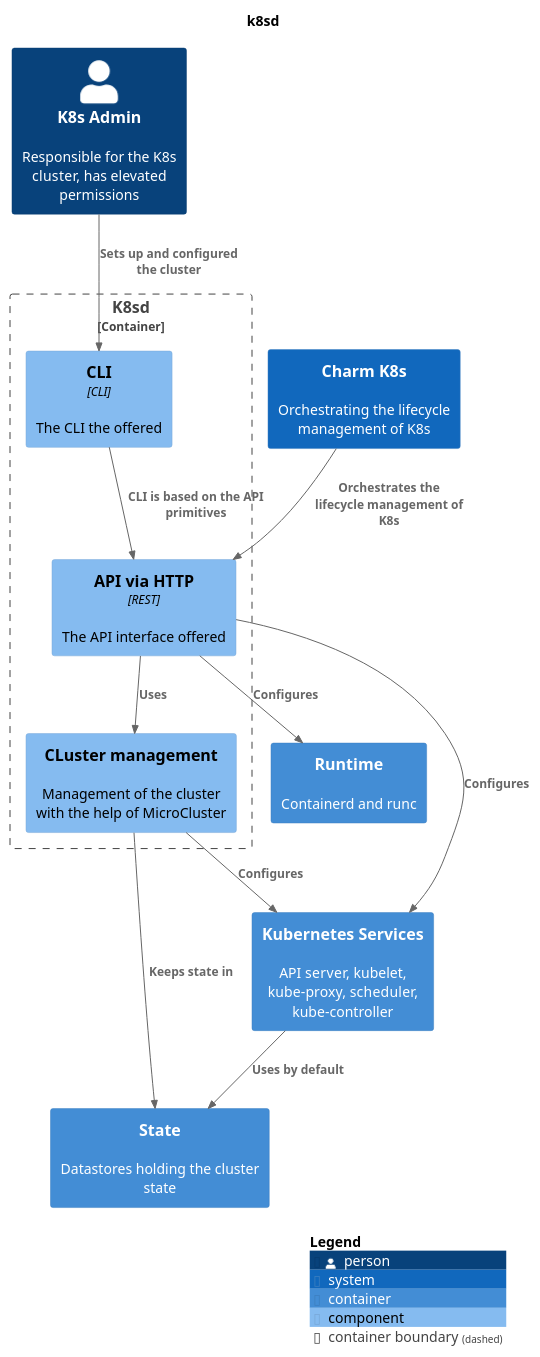
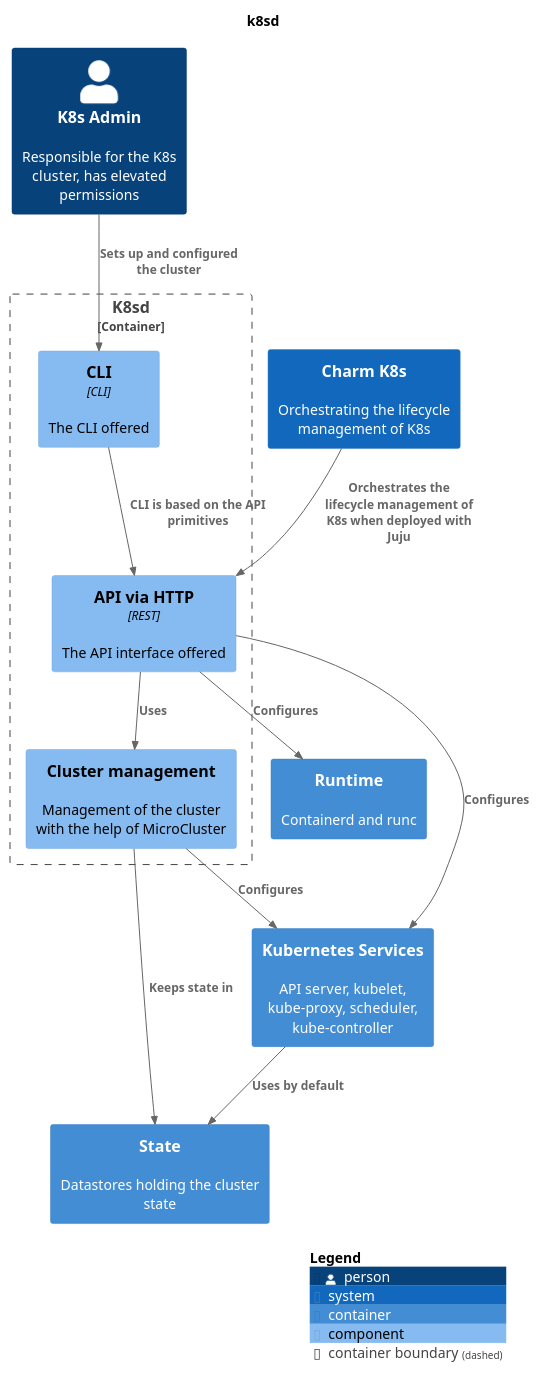
The diagram in docs/src/assets/k8sd-component.puml (canonical/k8s-snap), drawn with PlantUML before and after one commit. The commit also changed 1 other file, not shown here.

Commit message:
clarify k8sd diagram
fix typos in diagram and help clarify in text and on diagram difference in deploying with Juju vs snap

```diff
--- a/docs/src/assets/k8sd-component.puml
+++ b/docs/src/assets/k8sd-component.puml
@@ -1,35 +1,35 @@
 @startuml
 set separator none
 title k8sd
 
 top to bottom direction
 
 !include <C4/C4>
 !include <C4/C4_Context>
 !include <C4/C4_Container>
 !include <C4/C4_Component>
 
 Person(K8sAdmin, "K8s Admin", $descr="Responsible for the K8s cluster, has elevated permissions", $tags="", $link="")
 Container(K8sSnapDistribution.Runtime, "Runtime", $techn="", $descr="Containerd and runc", $tags="", $link="")
 System(CharmK8s, "Charm K8s", $descr="Orchestrating the lifecycle management of K8s", $tags="", $link="")
 Container(K8sSnapDistribution.State, "State", $techn="", $descr="Datastores holding the cluster state", $tags="", $link="")
 Container(K8sSnapDistribution.KubernetesServices, "Kubernetes Services", $techn="", $descr="API server, kubelet, kube-proxy, scheduler, kube-controller", $tags="", $link="")
 
 Container_Boundary("K8sSnapDistribution.K8sd_boundary", "K8sd", $tags="") {
-  Component(K8sSnapDistribution.K8sd.CLI, "CLI", $techn="CLI", $descr="The CLI the offered", $tags="", $link="")
+  Component(K8sSnapDistribution.K8sd.CLI, "CLI", $techn="CLI", $descr="The CLI offered", $tags="", $link="")
   Component(K8sSnapDistribution.K8sd.APIviaHTTP, "API via HTTP", $techn="REST", $descr="The API interface offered", $tags="", $link="")
-  Component(K8sSnapDistribution.K8sd.CLustermanagement, "CLuster management", $techn="", $descr="Management of the cluster with the help of MicroCluster", $tags="", $link="")
+  Component(K8sSnapDistribution.K8sd.CLustermanagement, "Cluster management", $techn="", $descr="Management of the cluster with the help of MicroCluster", $tags="", $link="")
 }
 
 Rel(K8sAdmin, K8sSnapDistribution.K8sd.CLI, "Sets up and configured the cluster", $techn="", $tags="", $link="")
-Rel(CharmK8s, K8sSnapDistribution.K8sd.APIviaHTTP, "Orchestrates the lifecycle management of K8s", $techn="", $tags="", $link="")
+Rel(CharmK8s, K8sSnapDistribution.K8sd.APIviaHTTP, "Orchestrates the lifecycle management of K8s when deployed with Juju", $techn="", $tags="", $link="")
 Rel(K8sSnapDistribution.K8sd.CLustermanagement, K8sSnapDistribution.KubernetesServices, "Configures", $techn="", $tags="", $link="")
 Rel(K8sSnapDistribution.KubernetesServices, K8sSnapDistribution.State, "Uses by default", $techn="", $tags="", $link="")
 Rel(K8sSnapDistribution.K8sd.CLustermanagement, K8sSnapDistribution.State, "Keeps state in", $techn="", $tags="", $link="")
 Rel(K8sSnapDistribution.K8sd.APIviaHTTP, K8sSnapDistribution.KubernetesServices, "Configures", $techn="", $tags="", $link="")
 Rel(K8sSnapDistribution.K8sd.APIviaHTTP, K8sSnapDistribution.Runtime, "Configures", $techn="", $tags="", $link="")
 Rel(K8sSnapDistribution.K8sd.APIviaHTTP, K8sSnapDistribution.K8sd.CLustermanagement, "Uses", $techn="", $tags="", $link="")
 Rel(K8sSnapDistribution.K8sd.CLI, K8sSnapDistribution.K8sd.APIviaHTTP, "CLI is based on the API primitives", $techn="", $tags="", $link="")
 
 SHOW_LEGEND(true)
 @enduml
```
